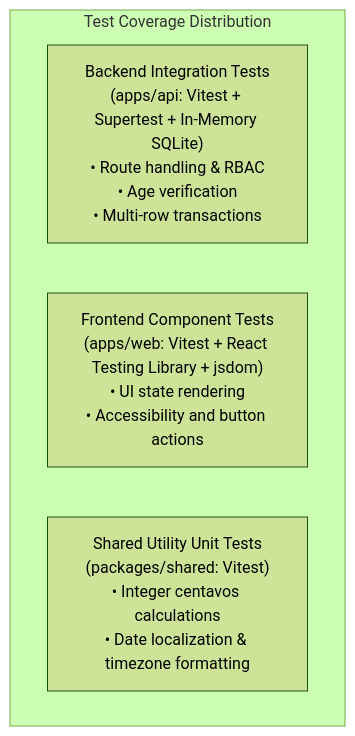
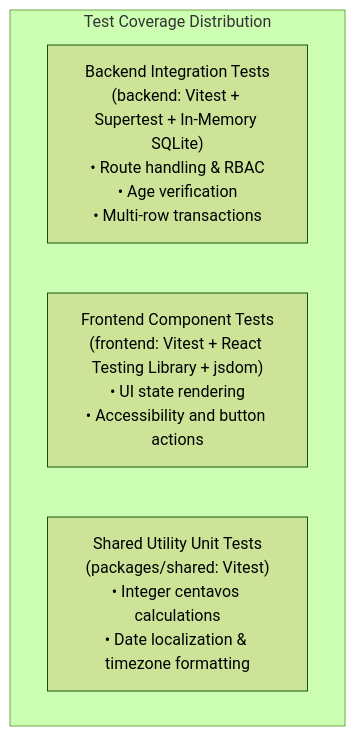
The diagram in Development/testing/TESTING.md (J3SS25/MCTED), drawn with Mermaid (forest theme) before and after one commit. The commit also changed other lines of this file and 28 other files, not shown here.

Commit message:
refactor: restructure project into monorepo with dedicated backend, frontend, and development directories

````diff
--- a/Development/testing/TESTING.md
+++ b/Development/testing/TESTING.md
@@ -11,8 +11,8 @@
 ```mermaid
 flowchart TD
     subgraph TestingPyramid ["Test Coverage Distribution"]
-        Integration["Backend Integration Tests<br/>(apps/api: Vitest + Supertest + In-Memory SQLite)<br/>• Route handling & RBAC<br/>• Age verification<br/>• Multi-row transactions"]
-        Component["Frontend Component Tests<br/>(apps/web: Vitest + React Testing Library + jsdom)<br/>• UI state rendering<br/>• Accessibility and button actions"]
+        Integration["Backend Integration Tests<br/>(backend: Vitest + Supertest + In-Memory SQLite)<br/>• Route handling & RBAC<br/>• Age verification<br/>• Multi-row transactions"]
+        Component["Frontend Component Tests<br/>(frontend: Vitest + React Testing Library + jsdom)<br/>• UI state rendering<br/>• Accessibility and button actions"]
         Unit["Shared Utility Unit Tests<br/>(packages/shared: Vitest)<br/>• Integer centavos calculations<br/>• Date localization & timezone formatting"]
     end
 ```
````
